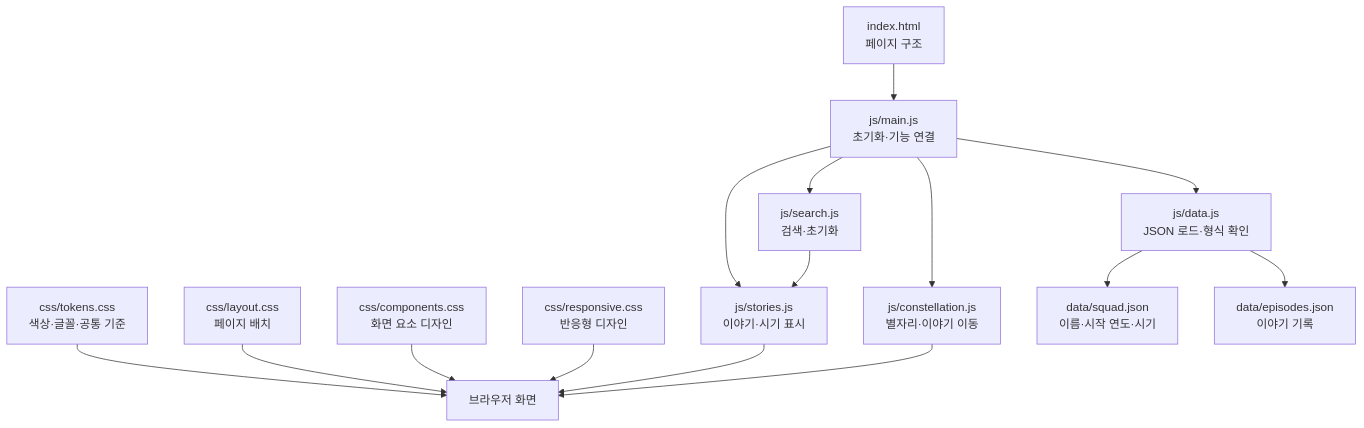
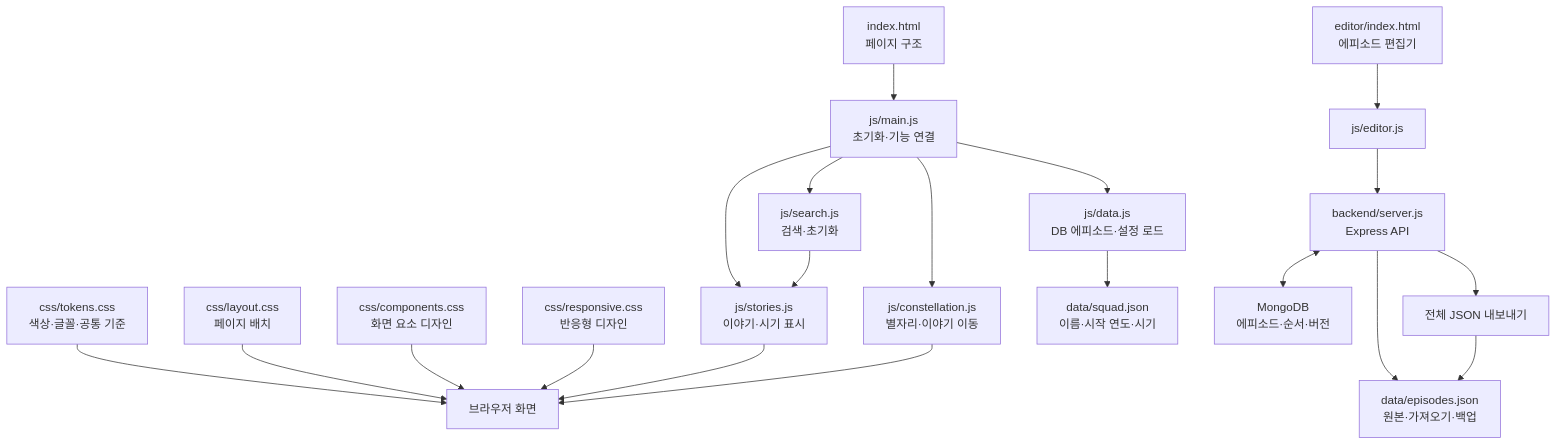
Before and after one commit to hyeonju9956/BongMaBang: the diagram in README.md, drawn with Mermaid. The commit also changed other lines of this file and 31 other files, not shown here.

Commit message:
backend/DB/login/editor

````diff
--- a/README.md
+++ b/README.md
@@ -5,17 +5,22 @@
 ```mermaid
 flowchart TD
     HTML["index.html<br/>페이지 구조"] --> MAIN["js/main.js<br/>초기화·기능 연결"]
     TOKENS["css/tokens.css<br/>색상·글꼴·공통 기준"] --> VIEW["브라우저 화면"]
     LAYOUT["css/layout.css<br/>페이지 배치"] --> VIEW
     COMPONENTS["css/components.css<br/>화면 요소 디자인"] --> VIEW
     RESPONSIVE["css/responsive.css<br/>반응형 디자인"] --> VIEW
-    MAIN --> DATAJS["js/data.js<br/>JSON 로드·형식 확인"]
+    MAIN --> DATAJS["js/data.js<br/>DB 에피소드·설정 로드"]
     MAIN --> STORIES["js/stories.js<br/>이야기·시기 표시"]
     MAIN --> SEARCH["js/search.js<br/>검색·초기화"]
     MAIN --> CONSTELLATION["js/constellation.js<br/>별자리·이야기 이동"]
     DATAJS --> SQUAD["data/squad.json<br/>이름·시작 연도·시기"]
-    DATAJS --> EPISODES["data/episodes.json<br/>이야기 기록"]
+    API --> EPISODES["data/episodes.json<br/>원본·가져오기·백업"]
     STORIES --> VIEW
     SEARCH --> STORIES
     CONSTELLATION --> VIEW
+    EDITOR["editor/index.html<br/>에피소드 편집기"] --> EDITORJS["js/editor.js"]
+    EDITORJS --> API["backend/server.js<br/>Express API"]
+    API <--> DB["MongoDB<br/>에피소드·순서·버전"]
+    API --> EXPORT["전체 JSON 내보내기"]
+    EXPORT --> EPISODES
 ```
````
